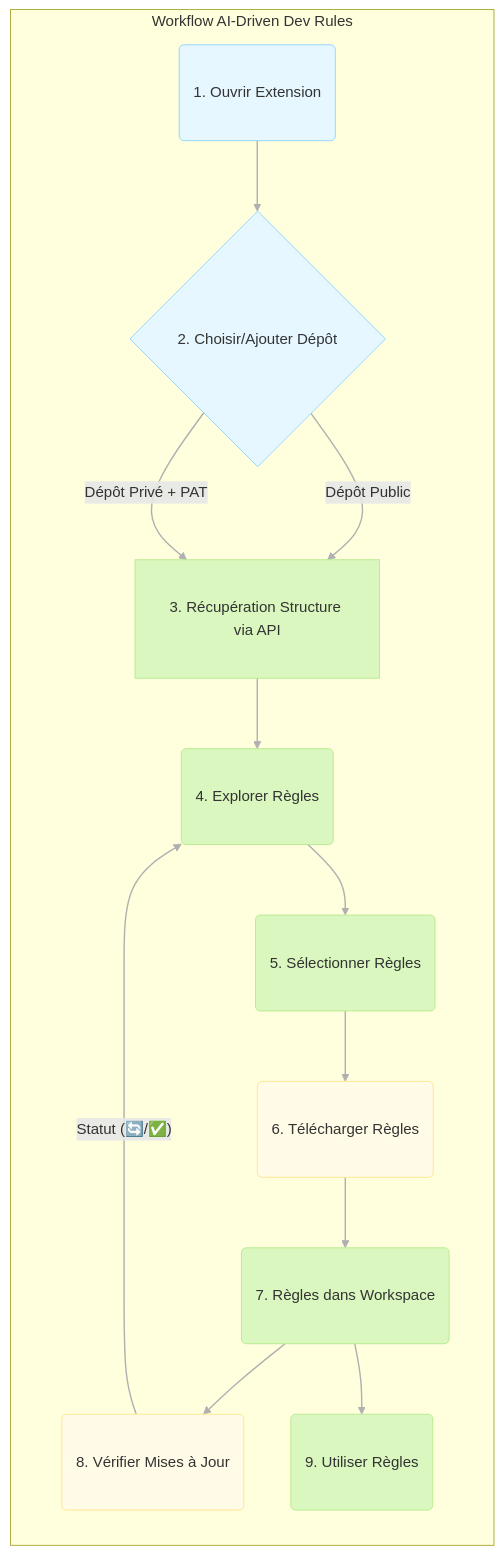
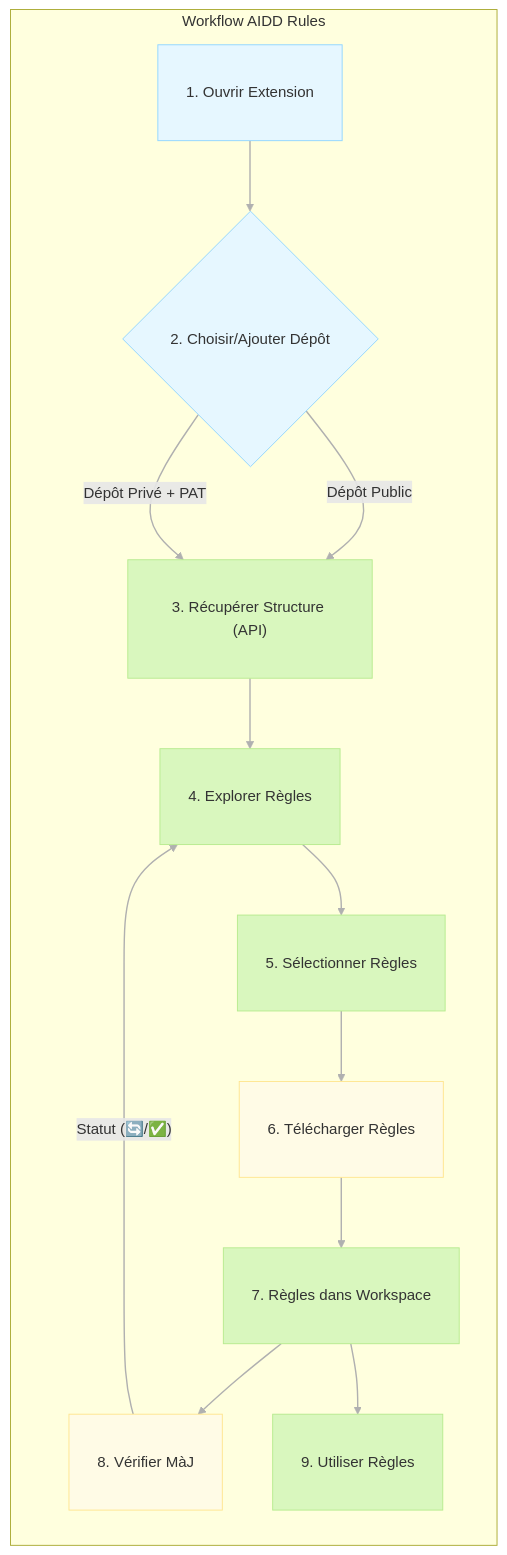
Before and after one commit to ai-driven-dev/rules: the diagram in README.md, drawn with Mermaid. The commit also changed 1 other file, not shown here.

Commit message:
docs: update workflow diagram in README.md for clarity and consistency

````diff
--- a/README.md
+++ b/README.md
@@ -45,29 +45,28 @@
 ```mermaid
 flowchart TD
     classDef default fill:#f0f2f5,stroke:#d9d9d9,stroke-width:1px,border-radius:6px,padding:10px
     classDef setup fill:#e6f7ff,stroke:#91d5ff,stroke-width:1px,border-radius:6px,padding:10px
     classDef core fill:#d9f7be,stroke:#b7eb8f,stroke-width:1px,border-radius:6px,padding:10px
     classDef action fill:#fffbe6,stroke:#ffe58f,stroke-width:1px,border-radius:6px,padding:10px
 
-    subgraph "Workflow AI-Driven Dev Rules"
+    subgraph "Workflow AIDD Rules"
         direction TB
 
-        A(1. Ouvrir Extension) --> B{2. Choisir/Ajouter Dépôt};
-        B -- Dépôt Public --> C[3. Récupération Structure via API];
-        B -- Dépôt Privé + PAT --> C;
-        C --> D(4. Explorer Règles);
-        D --> E(5. Sélectionner Règles);
-        E --> F(6. Télécharger Règles);
-        F --> G(7. Règles dans Workspace);
-        G --> H(8. Vérifier Mises à Jour);
-        H -- Statut (🔄/✅) --> D;
-        G --> I(9. Utiliser Règles);
-
+        A["1. Ouvrir Extension"] --> B{"2. Choisir/Ajouter Dépôt"};
+        B -- "Dépôt Public" --> C["3. Récupérer Structure (API)"];
+        B -- "Dépôt Privé + PAT" --> C;
+        C --> D["4. Explorer Règles"];
+        D --> E["5. Sélectionner Règles"];
+        E --> F["6. Télécharger Règles"];
+        F --> G["7. Règles dans Workspace"];
+        G --> H["8. Vérifier MàJ"];
+        H -- "Statut (🔄/✅)" --> D;
+        G --> I["9. Utiliser Règles"];
     end
 
     class A,B setup;
     class C,D,E,G,I core;
     class F,H action;
 
     linkStyle default stroke:#b0b0b0,stroke-width:1.5px;
 ```
````
